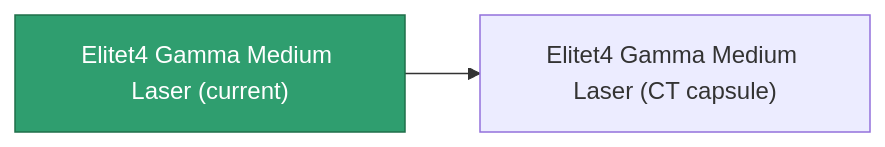
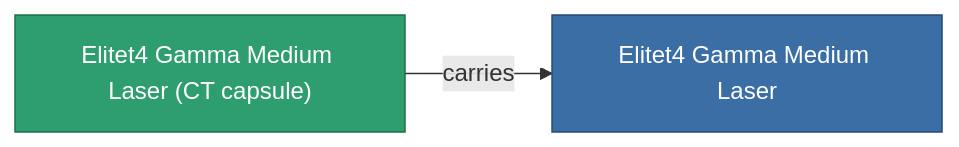
One commit to OpenPerpetuum/Wiki changed the diagram in content/content/items/elitet4_gamma_medium_laser.md. Above: the diagram before and after it, drawn with Mermaid. The commit also changed other lines of this file and 2015 other files, not shown here.

````diff
--- a/content/content/items/elitet4_gamma_medium_laser.md
+++ b/content/content/items/elitet4_gamma_medium_laser.md
@@ -39,8 +39,9 @@
 ```mermaid
 graph LR
-    a["Elitet4 Gamma Medium Laser (current)"]:::current
-    b["Elitet4 Gamma Medium Laser (CT capsule)"]
-    a --> b
-    click b "/content/items/elitet4-gamma-medium-laser-ct-capsule/" "Elitet4 Gamma Medium Laser (CT capsule)"
+    a["Elitet4 Gamma Medium Laser (CT capsule)"]:::current
+    b["Elitet4 Gamma Medium Laser"]:::finished
+    a -->|carries| b
+                click b "/content/items/elitet4-gamma-medium-laser/" "Elitet4 Gamma Medium Laser"
     classDef current fill:#2f9e6f,stroke:#1f6f4a,color:#ffffff
+    classDef finished fill:#3b6ea5,stroke:#274a75,color:#ffffff
 ```
````
